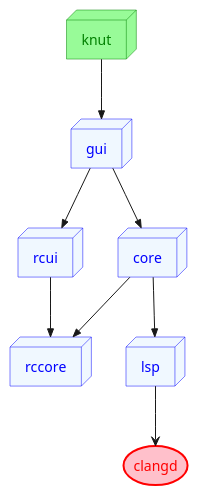
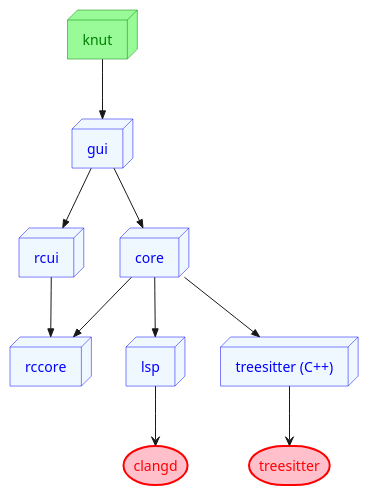
The diagram in docs/assets/architecture.puml (KDAB/knut), drawn with PlantUML before and after one commit. The commit also changed 13 other files, not shown here.

```diff
--- a/docs/assets/architecture.puml
+++ b/docs/assets/architecture.puml
@@ -1,16 +1,20 @@
 @startuml
 node knut #palegreen;line:green;text:green
 node gui #aliceblue;line:blue;text:blue
 node rcui #aliceblue;line:blue;text:blue
 node rccore #aliceblue;line:blue;text:blue
 node core #aliceblue;line:blue;text:blue
 node lsp #aliceblue;line:blue;text:blue
+node treesittercpp as "treesitter (C++)" #aliceblue;line:blue;text:blue
+storage treesitter as "treesitter" #pink;line:red;line.bold;text:red
 storage clangd #pink;line:red;line.bold;text:red
 knut -->> gui
 gui -->> rcui
 gui -->> core
 rcui -->> rccore
 core -->> lsp
 core -->> rccore
+core -->> treesittercpp
+treesittercpp --> treesitter
 lsp --> clangd
 @enduml
```
